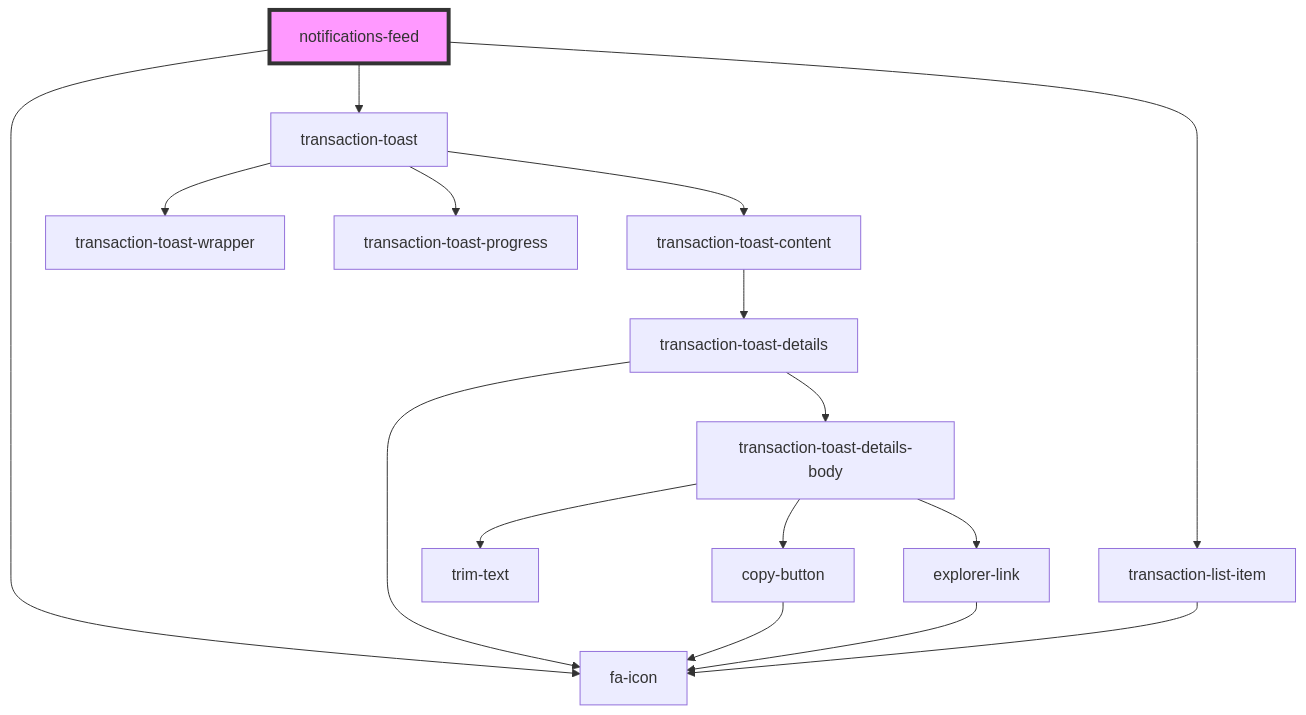
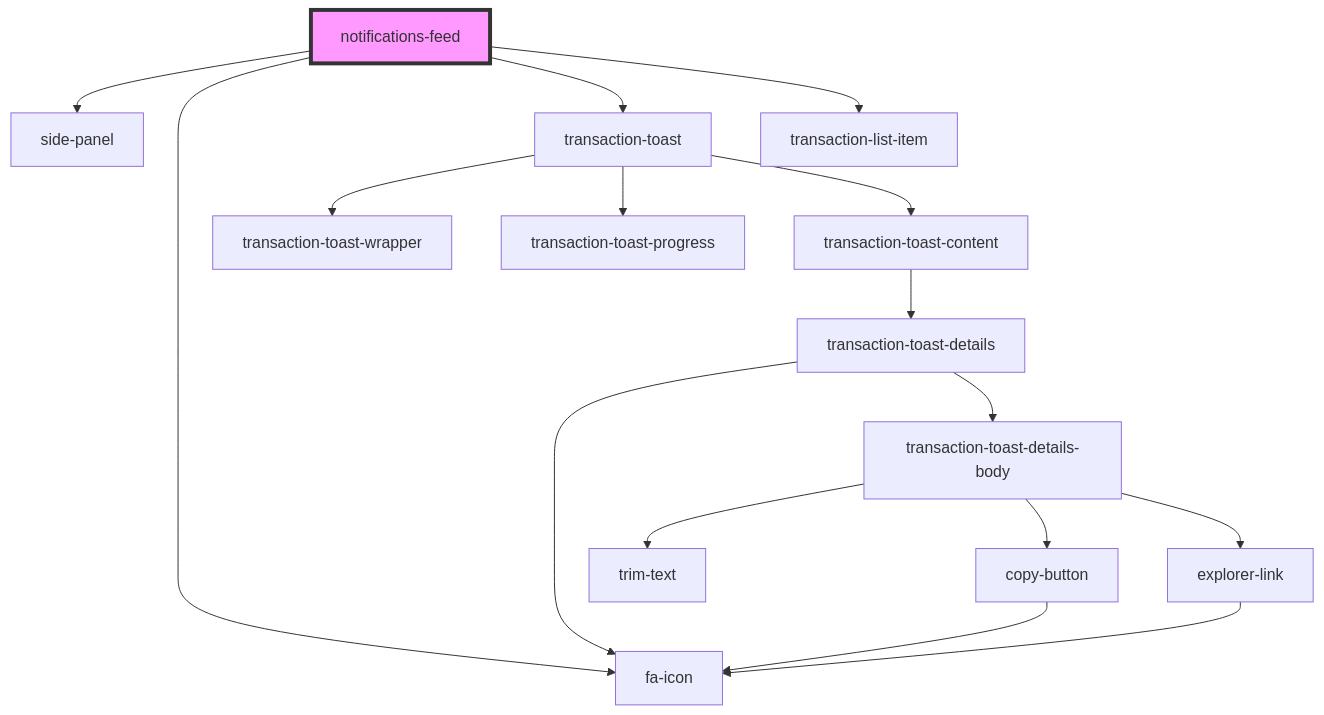
Before and after one commit to multiversx/mx-sdk-dapp-ui: the diagram in src/components/functional/notifications-feed/readme.md, drawn with Mermaid. The commit also changed other lines of this file and 18 other files, not shown here.

````diff
--- a/src/components/functional/notifications-feed/readme.md
+++ b/src/components/functional/notifications-feed/readme.md
@@ -30,19 +31,19 @@
 ```mermaid
 graph TD;
+  notifications-feed --> side-panel
   notifications-feed --> fa-icon
   notifications-feed --> transaction-toast
   notifications-feed --> transaction-list-item
   transaction-toast --> transaction-toast-wrapper
   transaction-toast --> transaction-toast-progress
   transaction-toast --> transaction-toast-content
   transaction-toast-content --> transaction-toast-details
   transaction-toast-details --> fa-icon
   transaction-toast-details --> transaction-toast-details-body
   transaction-toast-details-body --> trim-text
   transaction-toast-details-body --> copy-button
   transaction-toast-details-body --> explorer-link
   copy-button --> fa-icon
   explorer-link --> fa-icon
-  transaction-list-item --> fa-icon
   style notifications-feed fill:#f9f,stroke:#333,stroke-width:4px
 ```
````
